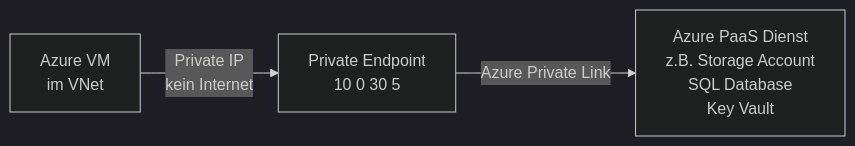
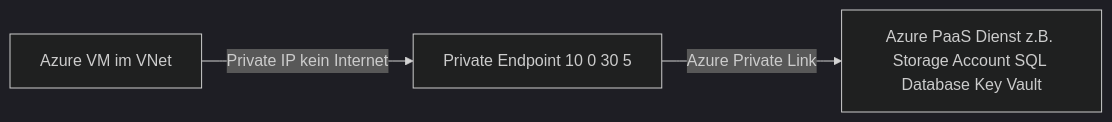
Before and after one commit to SoniiiT/notes-n-docs: the first of 6 diagrams in Microsoft 365/Azure/Netzwerk/Azure Private Link.md, drawn with Mermaid (dark theme). The commit also changed other lines of this file and 124 other files, not shown here.

First line of the commit message:
fix: Entferne \n aus allen Mermaid-Diagrammen (125 Dateien)

````diff
--- a/Microsoft 365/Azure/Netzwerk/Azure Private Link.md
+++ b/Microsoft 365/Azure/Netzwerk/Azure Private Link.md
@@ -28,5 +28,5 @@
 ```mermaid
 graph LR
-    VM[Azure VM\nim VNet] -->|Private IP\nkein Internet| PE[Private Endpoint\n10 0 30 5]
-    PE -->|Azure Private Link| PAAS[Azure PaaS Dienst\nz.B. Storage Account\nSQL Database\nKey Vault]
+    VM[Azure VM im VNet] -->|Private IP kein Internet| PE[Private Endpoint 10 0 30 5]
+    PE -->|Azure Private Link| PAAS[Azure PaaS Dienst z.B. Storage Account SQL Database Key Vault]
 ```
````
